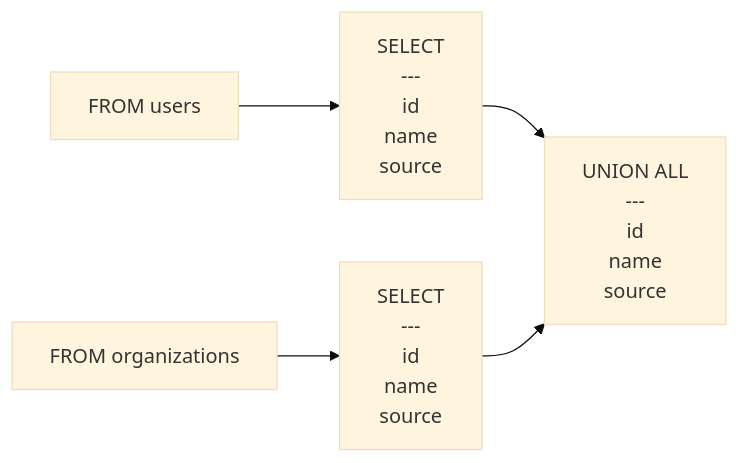
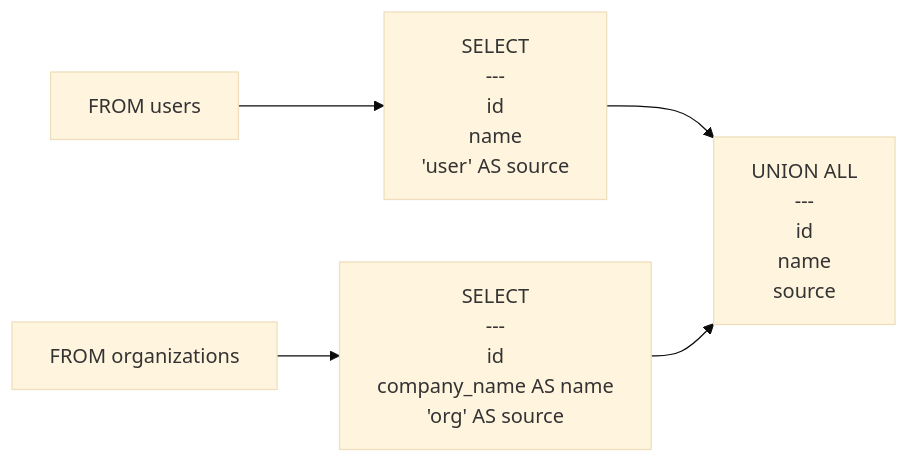
The diagram in examples/union_query.mmd (rot1024/sqloflow), drawn with Mermaid (base theme) before and after one commit. The commit also changed 13 other files, not shown here.

```diff
--- a/examples/union_query.mmd
+++ b/examples/union_query.mmd
@@ -1,10 +1,10 @@
 flowchart LR
     node_0[FROM users]
-    node_1["SELECT<br/>---<br/>id<br/>name<br/>source"]
+    node_1["SELECT<br/>---<br/>id<br/>name<br/>'user' AS source"]
     node_2["UNION ALL<br/>---<br/>id<br/>name<br/>source"]
     node_3[FROM organizations]
-    node_4["SELECT<br/>---<br/>id<br/>name<br/>source"]
+    node_4["SELECT<br/>---<br/>id<br/>company_name AS name<br/>'org' AS source"]
     node_0 --> node_1
     node_1 --> node_2
     node_3 --> node_4
     node_4 --> node_2
```
